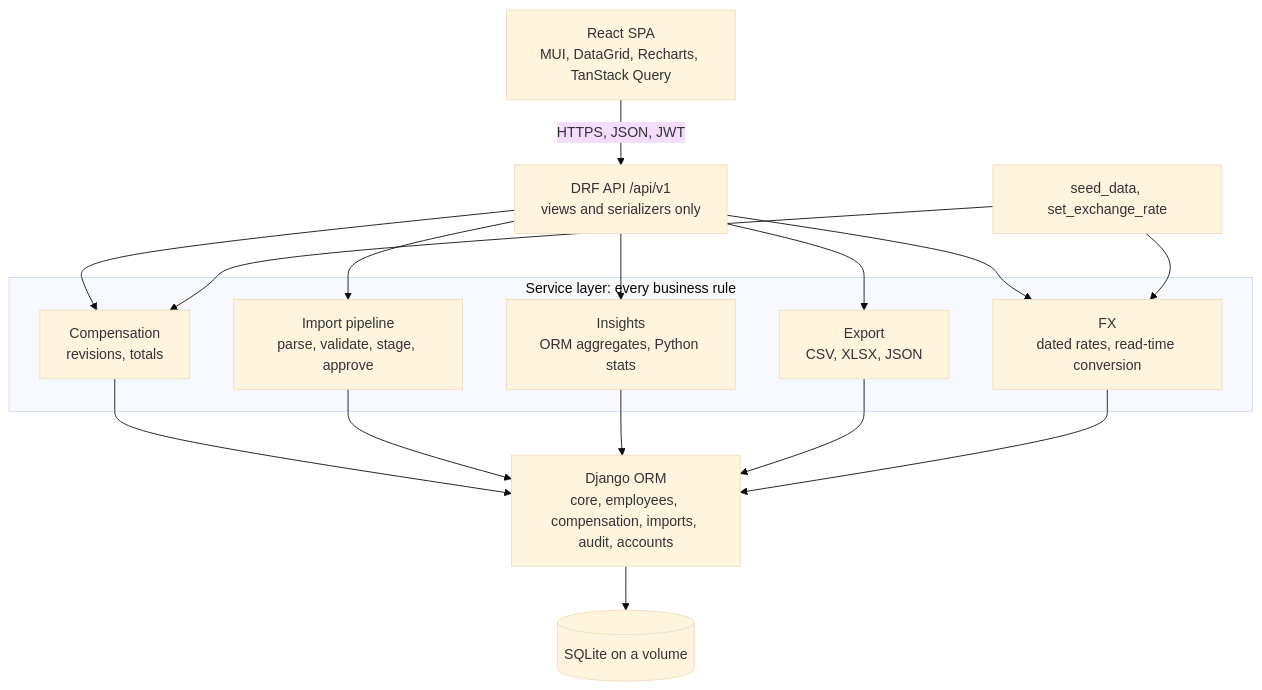
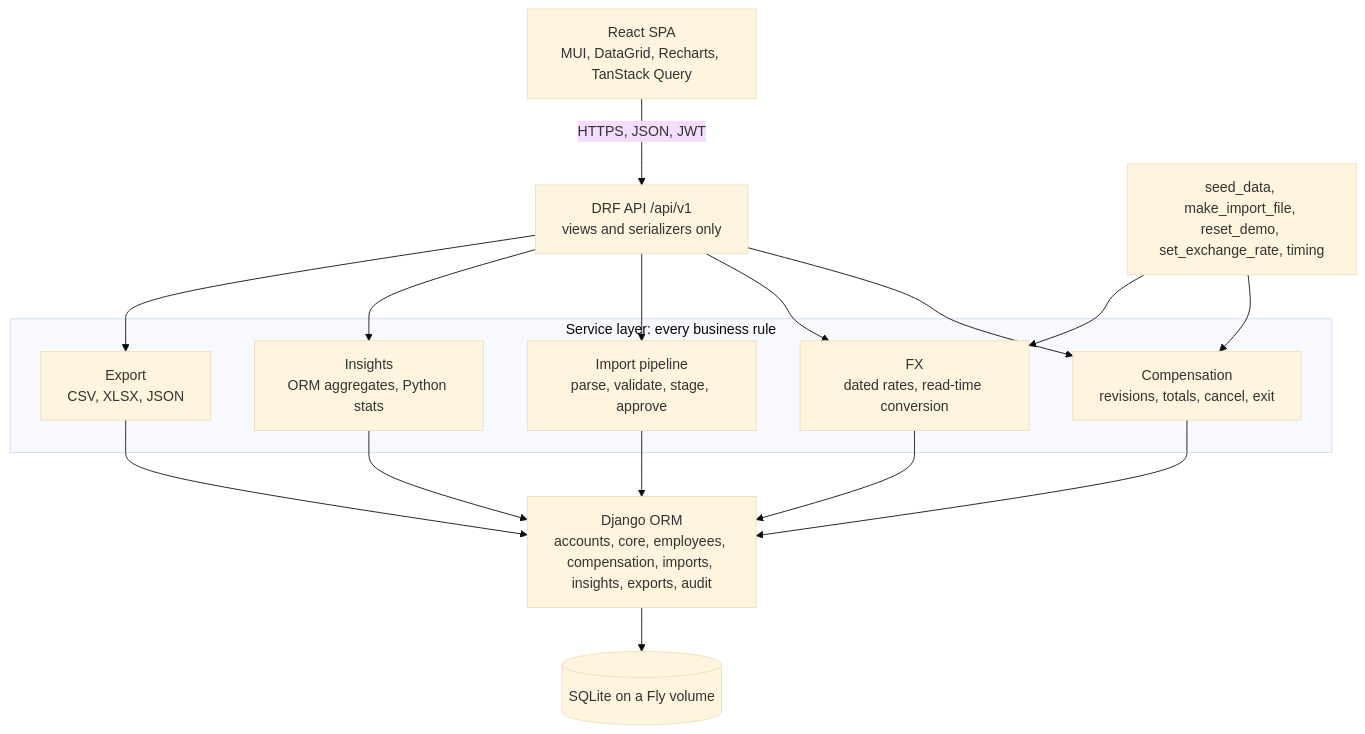
The first of 2 diagrams in docs/SPEC.md (epicallyunreal/acme-salary), drawn with Mermaid (base theme) before and after one commit. The commit also changed other lines of this file and 18 other files, not shown here.

````diff
--- a/docs/SPEC.md
+++ b/docs/SPEC.md
@@ -18,20 +25,20 @@
 ```mermaid
 flowchart TB
   SPA["React SPA<br/>MUI, DataGrid, Recharts, TanStack Query"]
   API["DRF API /api/v1<br/>views and serializers only"]
   subgraph SVC["Service layer: every business rule"]
-    C["Compensation<br/>revisions, totals"]
+    C["Compensation<br/>revisions, totals, cancel, exit"]
     X["FX<br/>dated rates, read-time conversion"]
     I["Import pipeline<br/>parse, validate, stage, approve"]
     Q["Insights<br/>ORM aggregates, Python stats"]
     E["Export<br/>CSV, XLSX, JSON"]
   end
-  ORM["Django ORM<br/>core, employees, compensation, imports, audit, accounts"]
-  DB[("SQLite on a volume")]
-  CMD["seed_data, set_exchange_rate"]
+  ORM["Django ORM<br/>accounts, core, employees, compensation, imports, insights, exports, audit"]
+  DB[("SQLite on a Fly volume")]
+  CMD["seed_data, make_import_file, reset_demo, set_exchange_rate, timing"]
   SPA -->|HTTPS, JSON, JWT| API
-  API --> C & I & Q & E & X
-  C & I & Q & E & X --> ORM
+  API --> C & X & I & Q & E
+  C & X & I & Q & E --> ORM
   ORM --> DB
   CMD --> C & X
 ```
````
